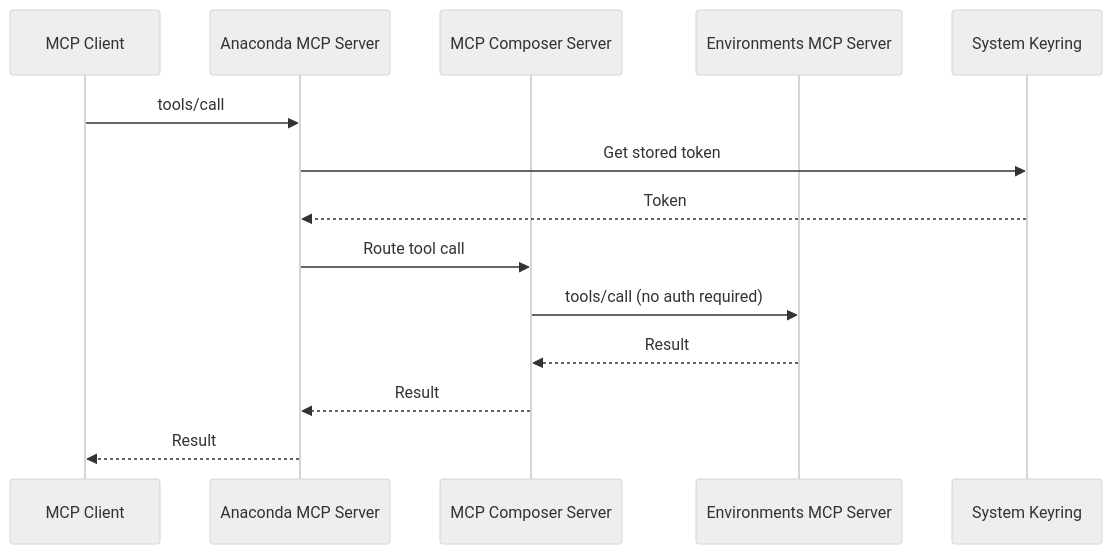
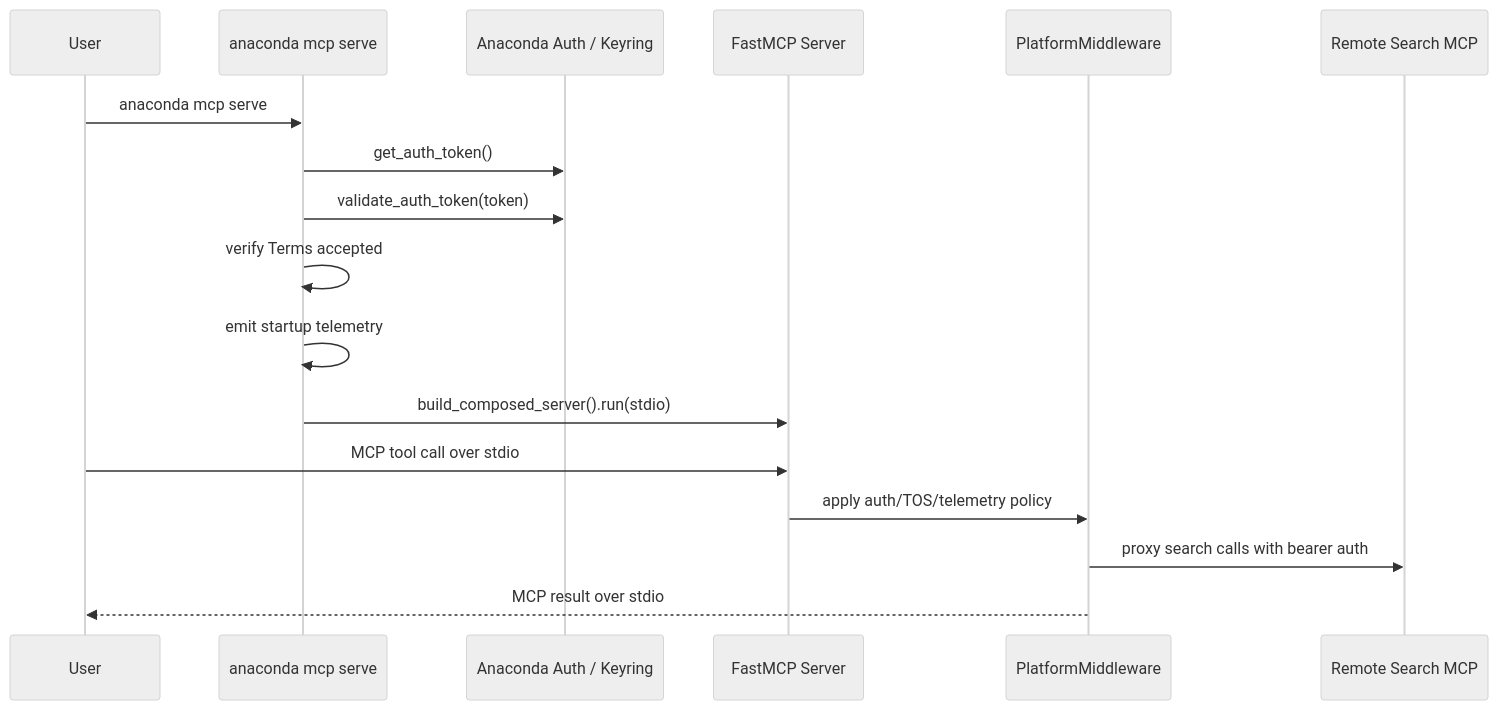
The third of 4 diagrams in docs/ARCHITECTURE.md (anaconda/anaconda-mcp), drawn with Mermaid (neutral theme) before and after one commit. The commit also changed other lines of this file and 13 other files, not shown here.

````diff
--- a/docs/ARCHITECTURE.md
+++ b/docs/ARCHITECTURE.md
@@ -215,17 +103,20 @@
 ```mermaid
 sequenceDiagram
-    participant Client as MCP Client
-    participant Anaconda as Anaconda MCP Server
-    participant Composer as MCP Composer Server
-    participant ENV as Environments MCP Server
-    participant Keyring as System Keyring
+    participant User
+    participant CLI as anaconda mcp serve
+    participant Auth as Anaconda Auth / Keyring
+    participant Server as FastMCP Server
+    participant MW as PlatformMiddleware
+    participant Search as Remote Search MCP
 
-    Client->>Anaconda: tools/call
-    Anaconda->>Keyring: Get stored token
-    Keyring-->>Anaconda: Token
-    Anaconda->>Composer: Route tool call
-    Composer->>ENV: tools/call (no auth required)
-    ENV-->>Composer: Result
-    Composer-->>Anaconda: Result
-    Anaconda-->>Client: Result
+    User->>CLI: anaconda mcp serve
+    CLI->>Auth: get_auth_token()
+    CLI->>Auth: validate_auth_token(token)
+    CLI->>CLI: verify Terms accepted
+    CLI->>CLI: emit startup telemetry
+    CLI->>Server: build_composed_server().run(stdio)
+    User->>Server: MCP tool call over stdio
+    Server->>MW: apply auth/TOS/telemetry policy
+    MW->>Search: proxy search calls with bearer auth
+    MW-->>User: MCP result over stdio
 ```
````
